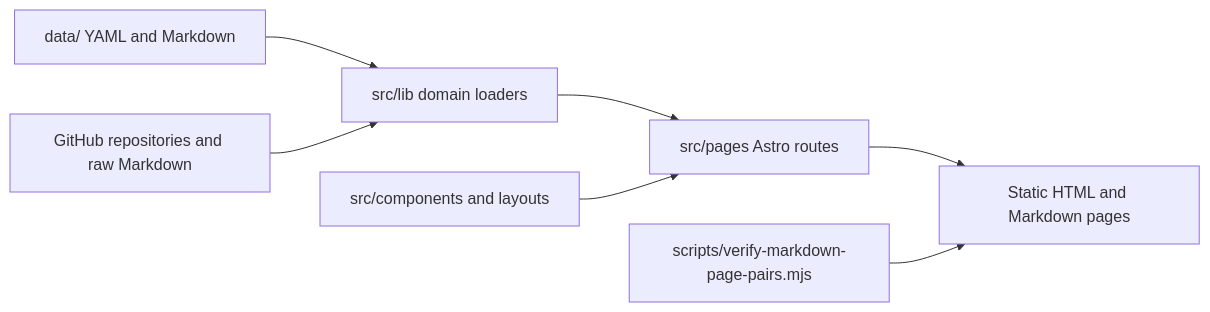
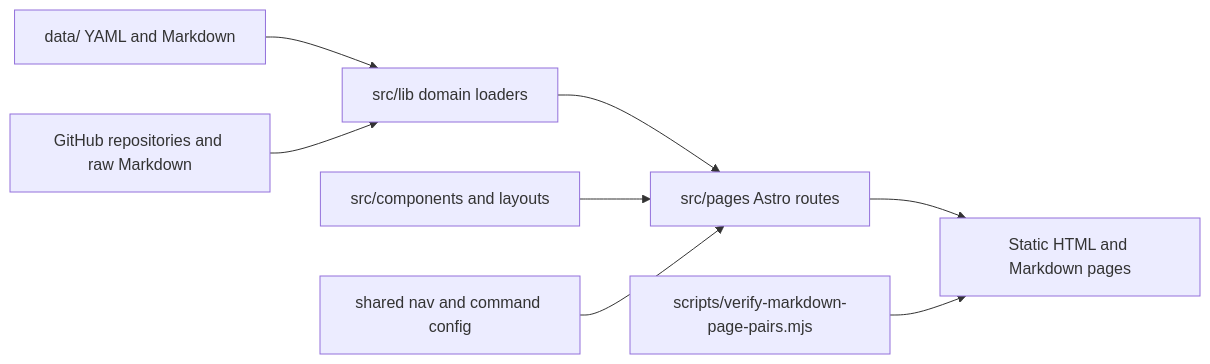
One commit to gvillarroel/technology changed the first of 2 diagrams in docs/architecture/system-overview.md. Above: the diagram before and after it, drawn with Mermaid. The commit also changed other lines of this file and 244 other files, not shown here.

````diff
--- a/docs/architecture/system-overview.md
+++ b/docs/architecture/system-overview.md
@@ -18,9 +18,10 @@
 ```mermaid
 flowchart LR
     A["data/ YAML and Markdown"] --> B["src/lib domain loaders"]
     C["GitHub repositories and raw Markdown"] --> B
     D["src/pages Astro routes"] --> E["Static HTML and Markdown pages"]
     B --> D
     F["src/components and layouts"] --> D
     G["scripts/verify-markdown-page-pairs.mjs"] --> E
+    H["shared nav and command config"] --> D
 ```
````
